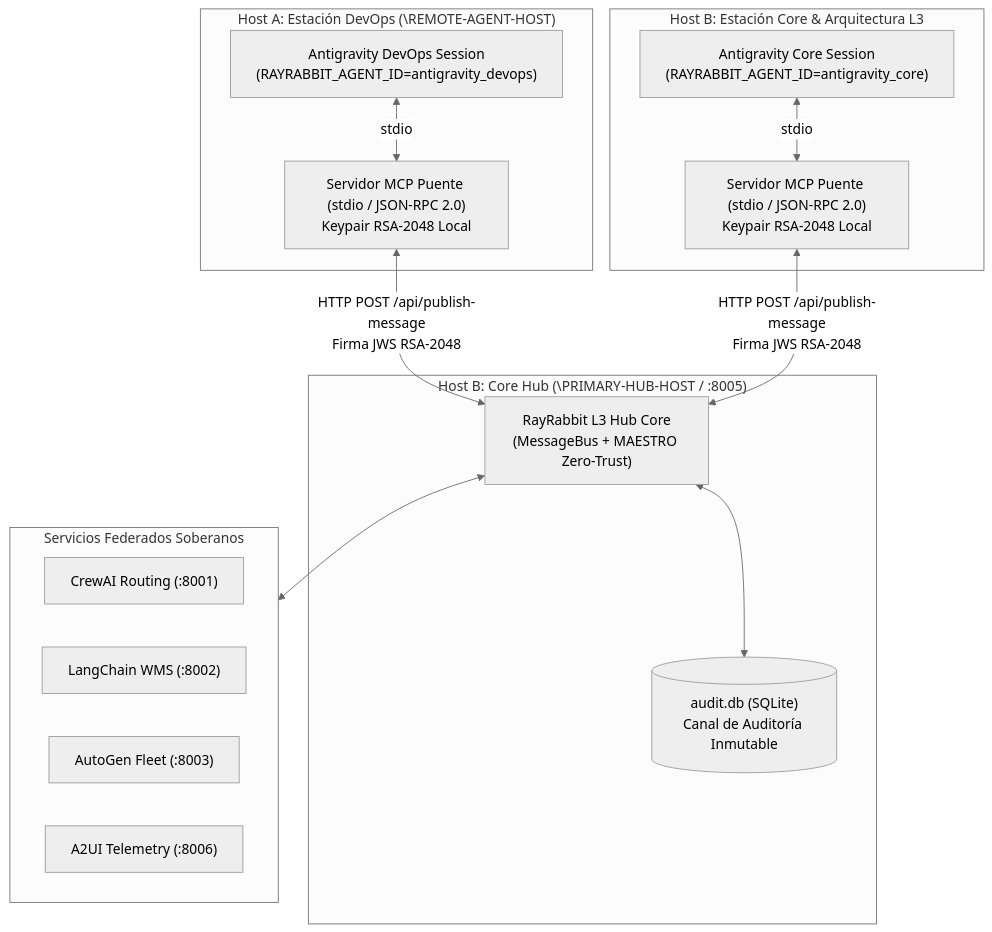
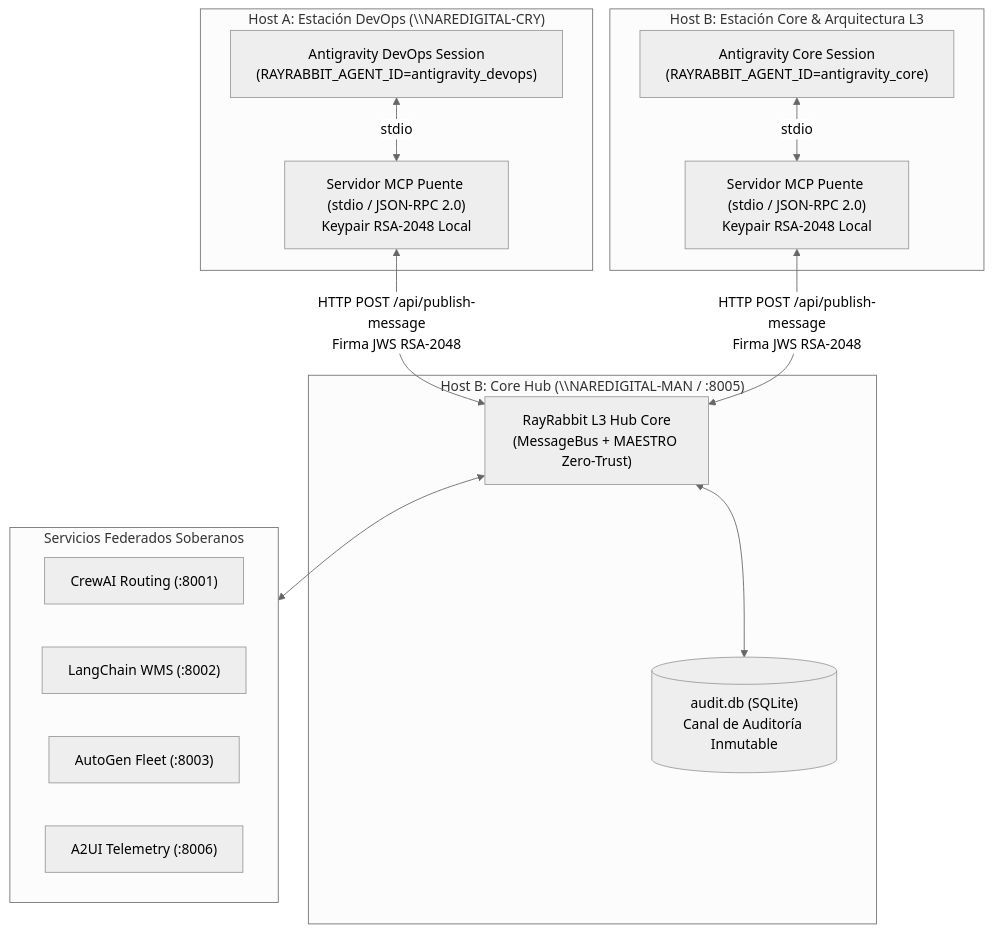
Before and after one commit to rayrabbit-ai/rayrabbit-oss: the diagram in .agent/plugins/antigravity/docs/01_ARQUITECTURA_L3_MCP.md, drawn with Mermaid (neutral theme). The commit also changed other lines of this file and 75 other files, not shown here.

Commit message:
docs: synchronize sovereign mesh architecture across all project documentation and restore mkdocs assets

````diff
--- a/.agent/plugins/antigravity/docs/01_ARQUITECTURA_L3_MCP.md
+++ b/.agent/plugins/antigravity/docs/01_ARQUITECTURA_L3_MCP.md
@@ -89,31 +12,31 @@
 ```mermaid
 graph TD
-    subgraph Host_A ["Host A: Estación DevOps (\REMOTE-AGENT-HOST)"]
+    subgraph Host_A ["Host A: Estación DevOps (\\NAREDIGITAL-CRY)"]
         Session_A["Antigravity DevOps Session<br/>(RAYRABBIT_AGENT_ID=antigravity_devops)"]
         MCP_A["Servidor MCP Puente (stdio / JSON-RPC 2.0)<br/>Keypair RSA-2048 Local"]
         Session_A <-->|stdio| MCP_A
     end
 
-    subgraph Hub_Central ["Host B: Core Hub (\PRIMARY-HUB-HOST / :8005)"]
+    subgraph Hub_Central ["Host B: Core Hub (\\NAREDIGITAL-MAN / :8005)"]
         HubCore["RayRabbit L3 Hub Core<br/>(MessageBus + MAESTRO Zero-Trust)"]
         AuditDB[("audit.db (SQLite)<br/>Canal de Auditoría Inmutable")]
         HubCore <--> AuditDB
     end
 
     subgraph Host_B ["Host B: Estación Core & Arquitectura L3"]
         Session_B["Antigravity Core Session<br/>(RAYRABBIT_AGENT_ID=antigravity_core)"]
         MCP_B["Servidor MCP Puente (stdio / JSON-RPC 2.0)<br/>Keypair RSA-2048 Local"]
         Session_B <-->|stdio| MCP_B
     end
 
     subgraph Federated_Services ["Servicios Federados Soberanos"]
         CrewAI["CrewAI Routing (:8001)"]
         LangChain["LangChain WMS (:8002)"]
         AutoGen["AutoGen Fleet (:8003)"]
         A2UI["A2UI Telemetry (:8006)"]
     end
 
     MCP_A <-->|HTTP POST /api/publish-message<br/>Firma JWS RSA-2048| HubCore
     MCP_B <-->|HTTP POST /api/publish-message<br/>Firma JWS RSA-2048| HubCore
     HubCore <--> Federated_Services
 ```
````
